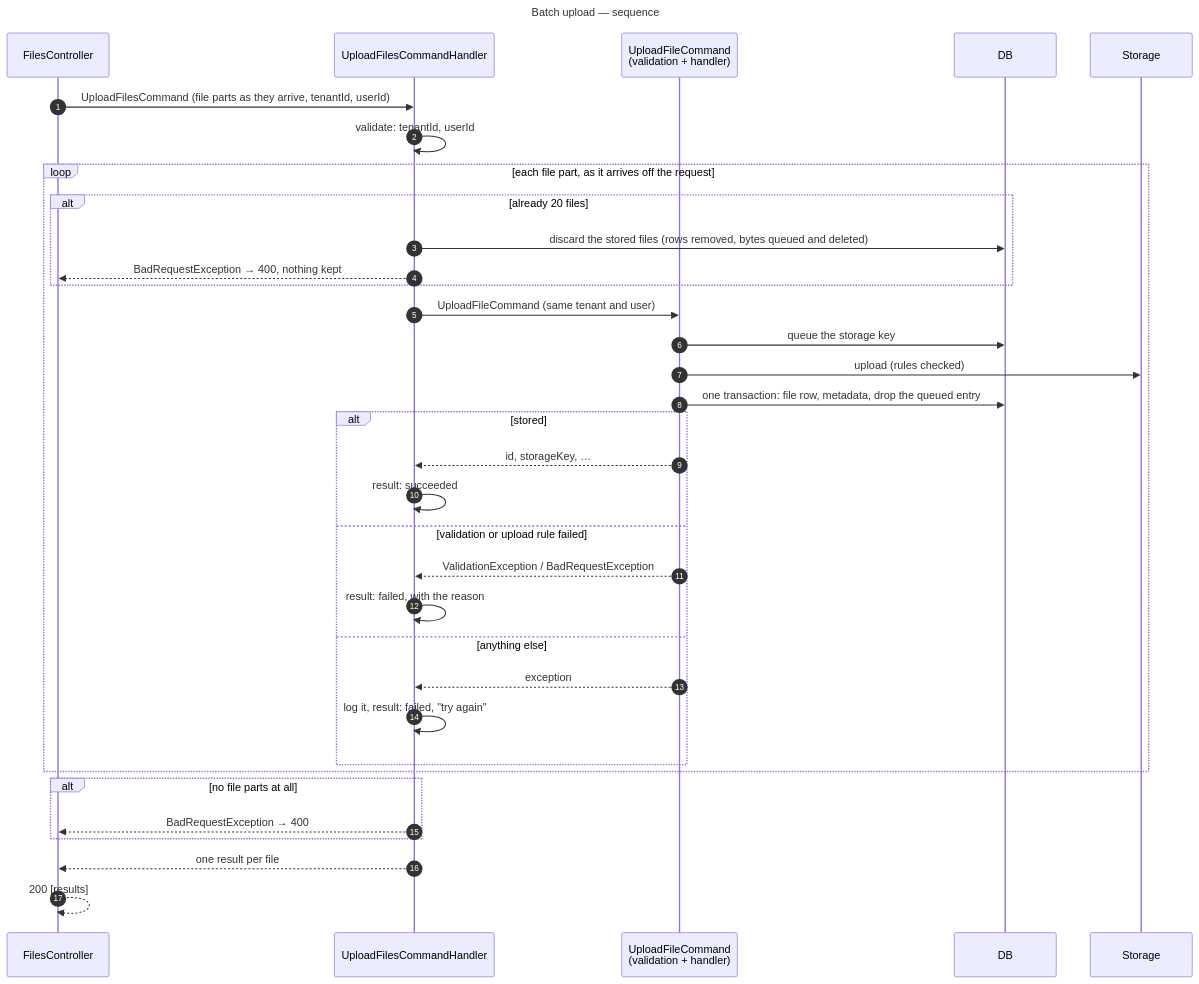
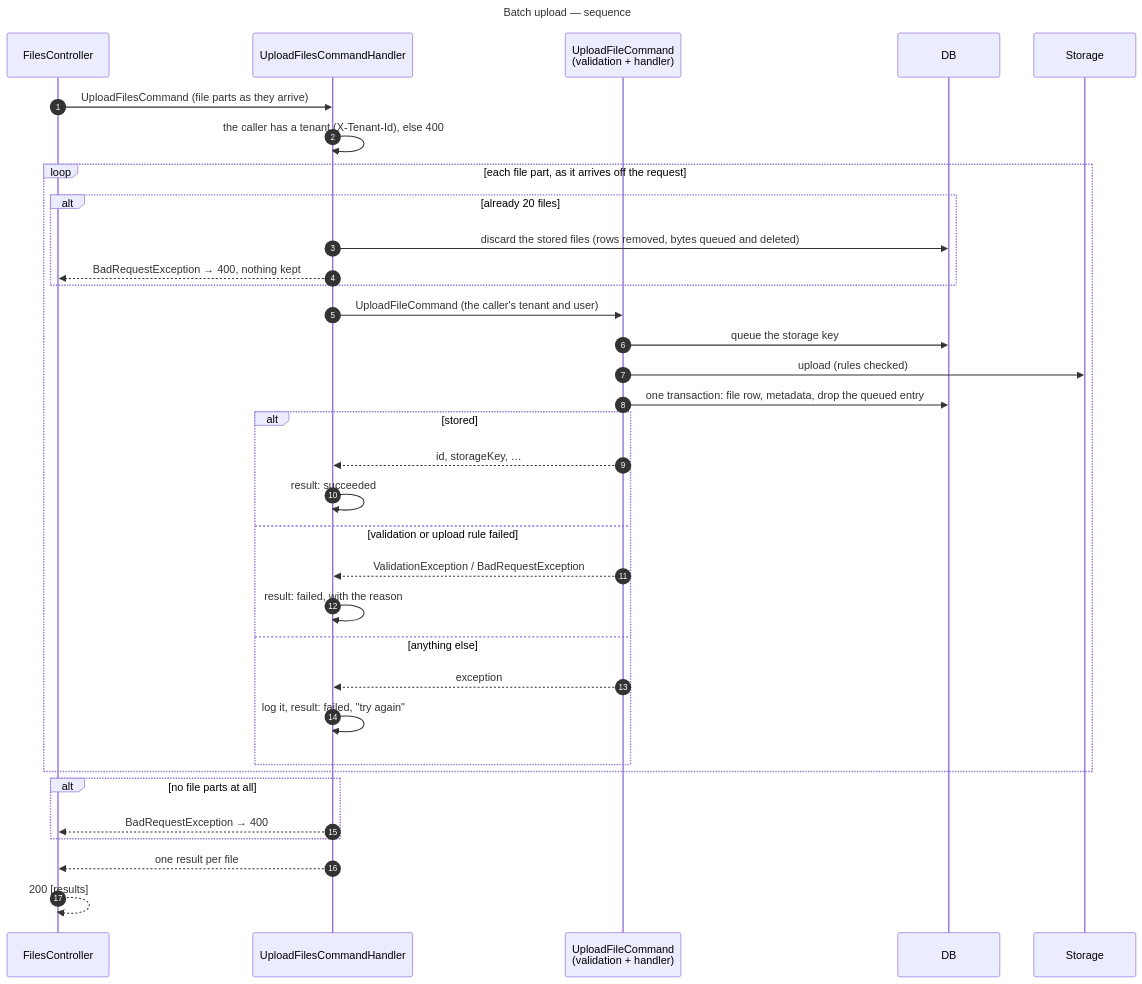
One commit to gmetskhvarishvili/GM.FileStorage.Samples changed the fourth of 17 diagrams in docs/sequence-diagrams.md. Above: the diagram before and after it, drawn with Mermaid. The commit also changed other lines of this file and 23 other files, not shown here.

First line of the commit message:
feat!: files belong to the caller's tenant, from GM's actor headers

````diff
--- a/docs/sequence-diagrams.md
+++ b/docs/sequence-diagrams.md
@@ -150,40 +150,40 @@
 ```mermaid
 ---
 title: Batch upload — sequence
 ---
 sequenceDiagram
     autonumber
     participant C as FilesController
     participant B as UploadFilesCommandHandler
     participant U as UploadFileCommand<br/>(validation + handler)
     participant DB
     participant S as Storage
 
-    C->>B: UploadFilesCommand (file parts as they arrive, tenantId, userId)
-    B->>B: validate: tenantId, userId
+    C->>B: UploadFilesCommand (file parts as they arrive)
+    B->>B: the caller has a tenant (X-Tenant-Id), else 400
     loop each file part, as it arrives off the request
         alt already 20 files
             B->>DB: discard the stored files (rows removed, bytes queued and deleted)
             B-->>C: BadRequestException → 400, nothing kept
         end
-        B->>U: UploadFileCommand (same tenant and user)
+        B->>U: UploadFileCommand (the caller's tenant and user)
         U->>DB: queue the storage key
         U->>S: upload (rules checked)
         U->>DB: one transaction: file row, metadata, drop the queued entry
         alt stored
             U-->>B: id, storageKey, …
             B->>B: result: succeeded
         else validation or upload rule failed
             U-->>B: ValidationException / BadRequestException
             B->>B: result: failed, with the reason
         else anything else
             U-->>B: exception
             B->>B: log it, result: failed, "try again"
         end
     end
     alt no file parts at all
         B-->>C: BadRequestException → 400
     end
     B-->>C: one result per file
     C-->>C: 200 [results]
 ```
````
